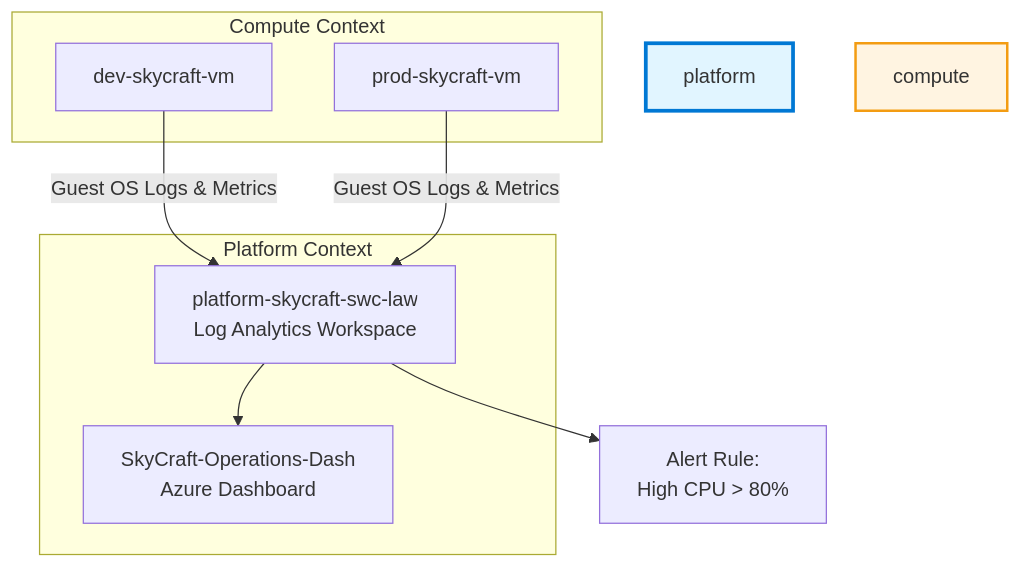
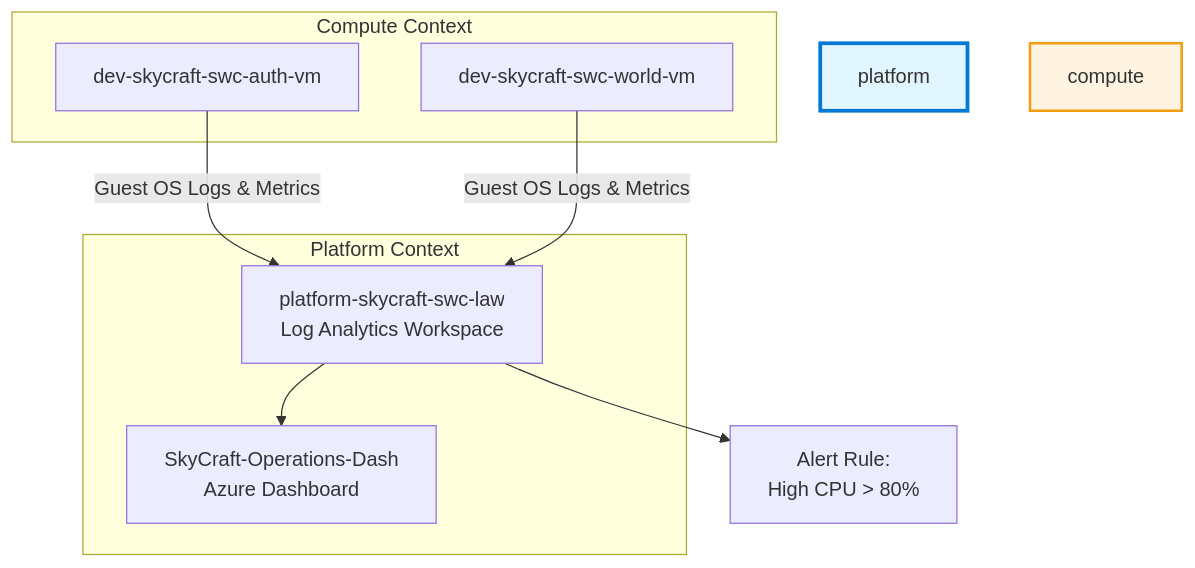
The diagram in module-5-monitoring-maintenance/5.1-azure-monitor/lab-guide-5.1.md (mbiszczanik/skycraft), drawn with Mermaid before and after one commit. The commit also changed other lines of this file and 96 other files, not shown here.

````diff
--- a/module-5-monitoring-maintenance/5.1-azure-monitor/lab-guide-5.1.md
+++ b/module-5-monitoring-maintenance/5.1-azure-monitor/lab-guide-5.1.md
@@ -20,19 +20,19 @@
 ```mermaid
 graph TB
     subgraph "Platform Context"
         style platform fill:#e1f5ff,stroke:#0078d4,stroke-width:3px
         LAW["platform-skycraft-swc-law<br/>Log Analytics Workspace"]
         Dashboard["SkyCraft-Operations-Dash<br/>Azure Dashboard"]
     end
 
     subgraph "Compute Context"
         style compute fill:#fff4e1,stroke:#f39c12,stroke-width:2px
-        VM_Dev["dev-skycraft-vm"]
-        VM_Prod["prod-skycraft-vm"]
+        VM_Auth["dev-skycraft-swc-auth-vm"]
+        VM_World["dev-skycraft-swc-world-vm"]
     end
 
-    VM_Dev -->|"Guest OS Logs & Metrics"| LAW
-    VM_Prod -->|"Guest OS Logs & Metrics"| LAW
+    VM_Auth -->|"Guest OS Logs & Metrics"| LAW
+    VM_World -->|"Guest OS Logs & Metrics"| LAW
     LAW --> Dashboard
     LAW --> Alerts["Alert Rule:<br/>High CPU > 80%"]
 ```
````
